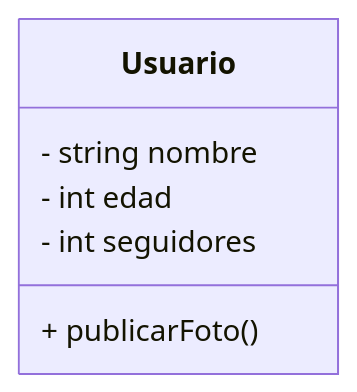
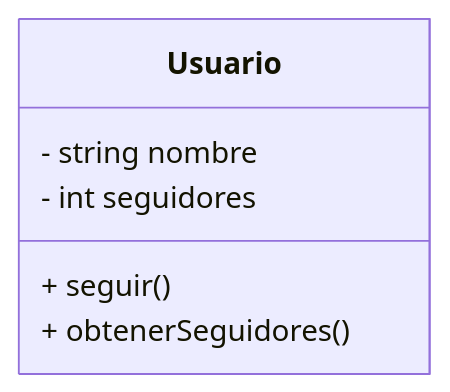
The fourth of 6 diagrams in 2.DiseñoOrientadoObjetos.md (lufe089/POO), drawn with Mermaid before and after one commit. The commit also changed other lines of this file, not shown here.

````diff
--- a/2.DiseñoOrientadoObjetos.md
+++ b/2.DiseñoOrientadoObjetos.md
@@ -143,9 +202,9 @@
 ```mermaid
 classDiagram
     class Usuario {
         - string nombre
-        - int edad
         - int seguidores
-        + publicarFoto()
+        + seguir()
+        + obtenerSeguidores()
     }
 ```
````
